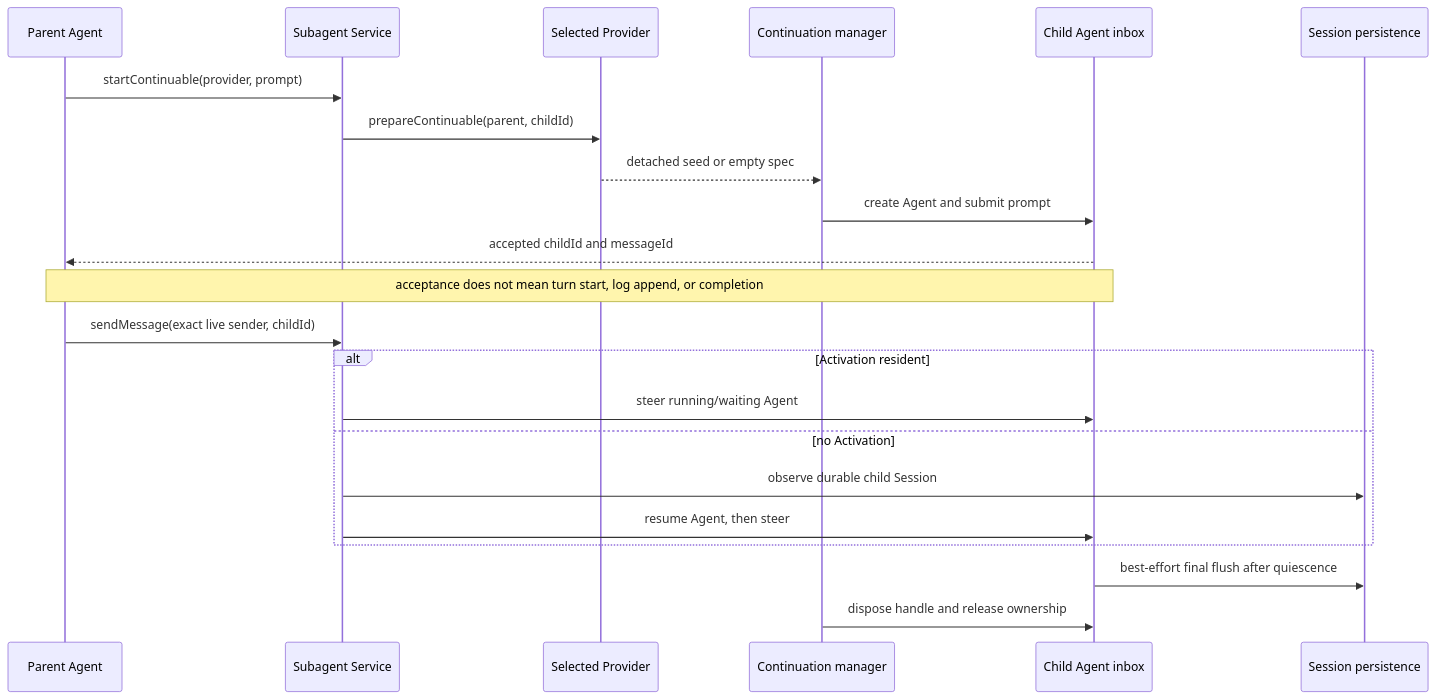
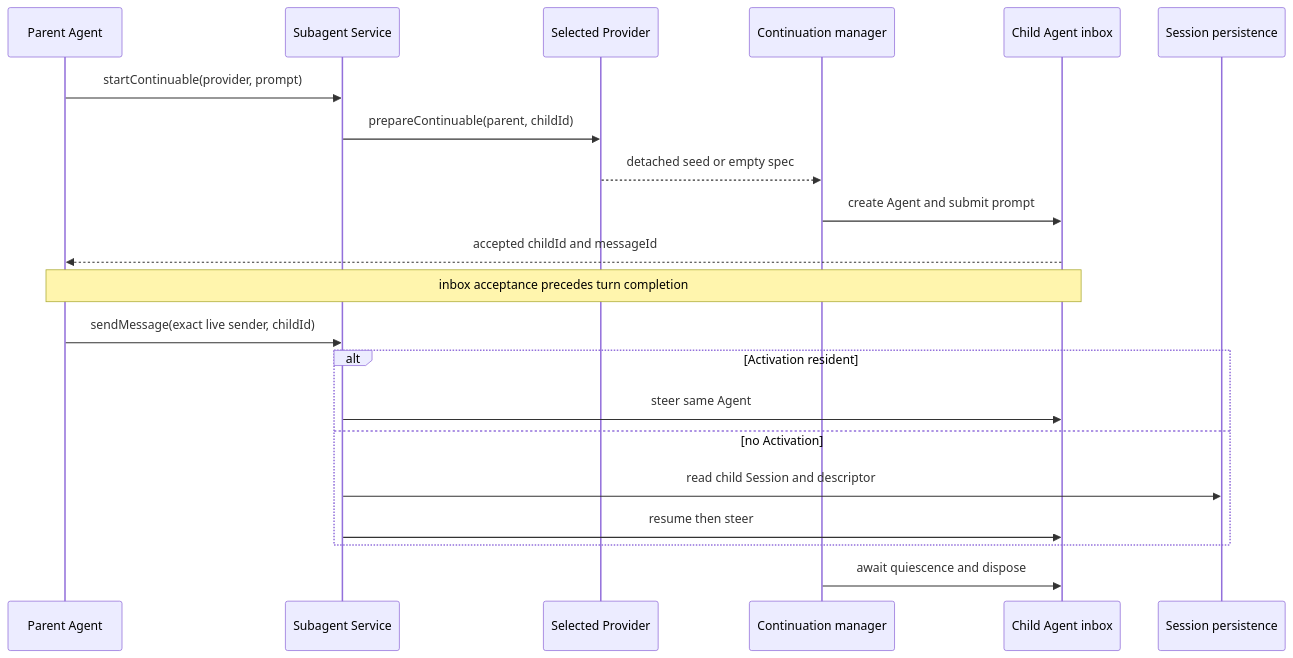
One commit to yang0228/deepseek-harness-analysis changed the first of 2 diagrams in docs/deep-dives/subagents-goals-workflows.md. Above: the diagram before and after it, drawn with Mermaid. The commit also changed other lines of this file and 35 other files, not shown here.

````diff
--- a/docs/deep-dives/subagents-goals-workflows.md
+++ b/docs/deep-dives/subagents-goals-workflows.md
@@ -59,25 +61,23 @@
 ```mermaid
 sequenceDiagram
   participant Parent as Parent Agent
   participant Service as Subagent Service
   participant Provider as Selected Provider
   participant Manager as Continuation manager
   participant Child as Child Agent inbox
   participant Store as Session persistence
-
   Parent->>Service: startContinuable(provider, prompt)
   Service->>Provider: prepareContinuable(parent, childId)
   Provider-->>Manager: detached seed or empty spec
   Manager->>Child: create Agent and submit prompt
   Child-->>Parent: accepted childId and messageId
-  Note over Parent,Child: acceptance does not mean turn start, log append, or completion
+  Note over Parent,Child: inbox acceptance precedes turn completion
   Parent->>Service: sendMessage(exact live sender, childId)
   alt Activation resident
-    Service->>Child: steer running/waiting Agent
+    Service->>Child: steer same Agent
   else no Activation
-    Service->>Store: observe durable child Session
-    Service->>Child: resume Agent, then steer
+    Service->>Store: read child Session and descriptor
+    Service->>Child: resume then steer
   end
-  Child->>Store: best-effort final flush after quiescence
-  Manager->>Child: dispose handle and release ownership
+  Manager->>Child: await quiescence and dispose
 ```
````
